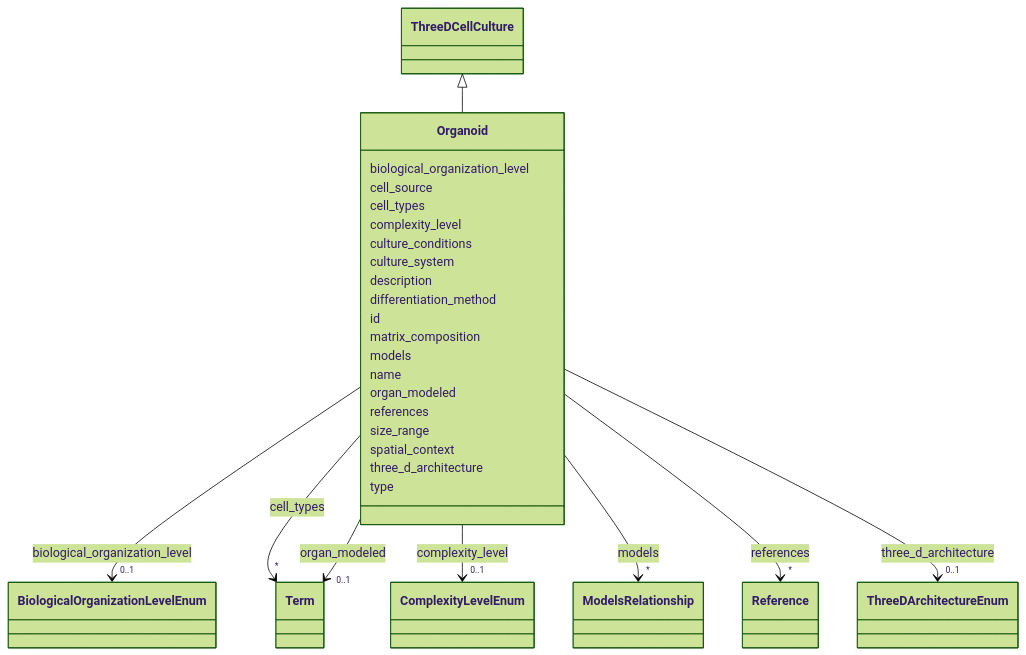
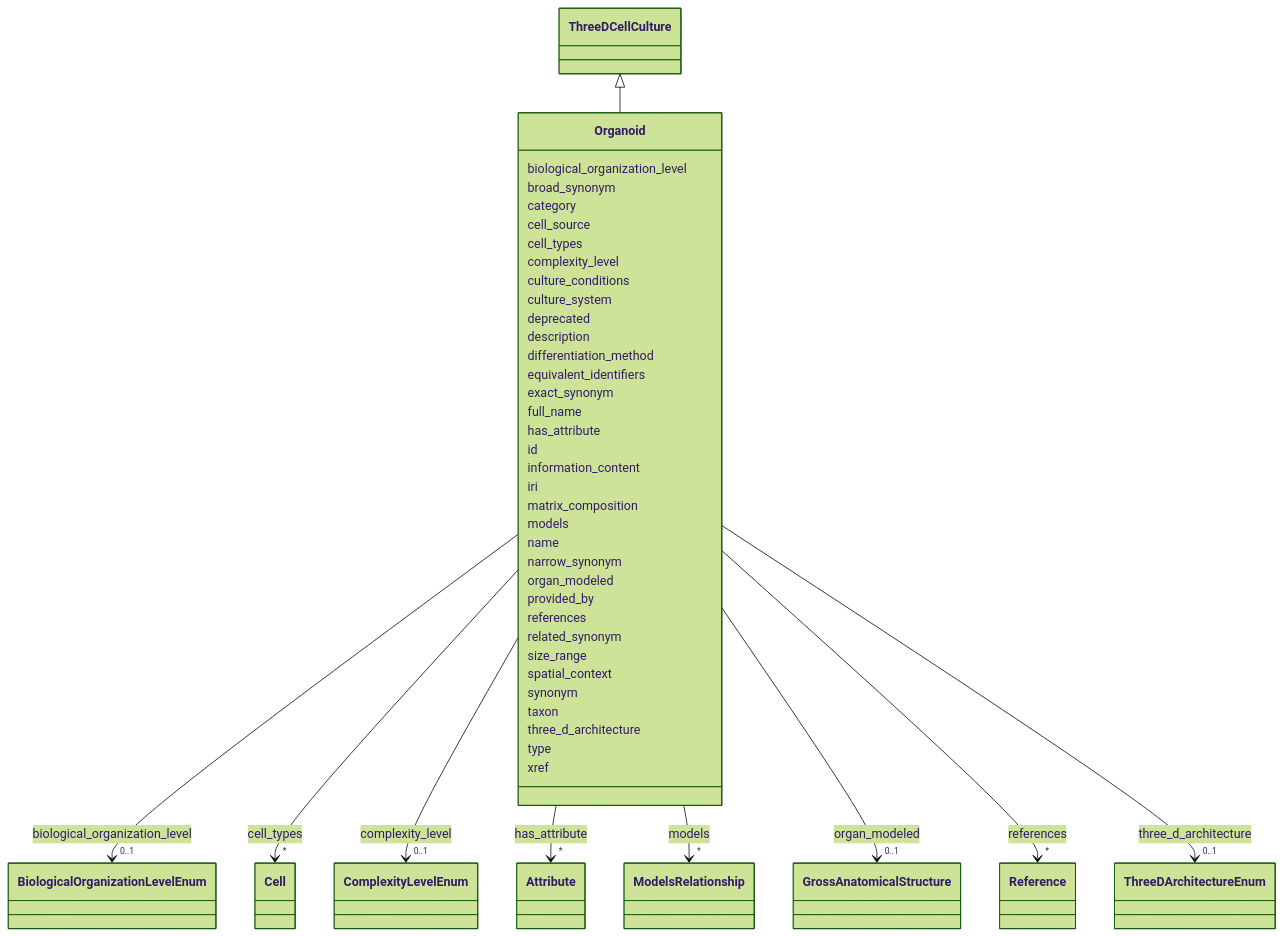
One commit to monarch-initiative/namo changed the diagram in docs/elements/Organoid.md. Above: the diagram before and after it, drawn with Mermaid (forest theme). The commit also changed other lines of this file and 1232 other files, not shown here.

````diff
--- a/docs/elements/Organoid.md
+++ b/docs/elements/Organoid.md
@@ -33,6 +38,10 @@
     
 
         
+      Organoid : broad_synonym
+        
+      Organoid : category
+        
       Organoid : cell_source
         
       Organoid : cell_types
@@ -41,8 +50,8 @@
     
         
         
-        Organoid --> "*" Term : cell_types
-        click Term href "../Term/"
+        Organoid --> "*" Cell : cell_types
+        click Cell href "../Cell/"
     
 
         
@@ -61,11 +70,34 @@
         
       Organoid : culture_system
         
+      Organoid : deprecated
+        
       Organoid : description
         
       Organoid : differentiation_method
         
+      Organoid : equivalent_identifiers
+        
+      Organoid : exact_synonym
+        
+      Organoid : full_name
+        
+      Organoid : has_attribute
+        
+          
+    
+        
+        
+        Organoid --> "*" Attribute : has_attribute
+        click Attribute href "../Attribute/"
+    
+
+        
       Organoid : id
+        
+      Organoid : information_content
+        
+      Organoid : iri
         
       Organoid : matrix_composition
         
@@ -82,16 +114,20 @@
         
       Organoid : name
         
+      Organoid : narrow_synonym
+        
       Organoid : organ_modeled
         
           
     
         
         
-        Organoid --> "0..1" Term : organ_modeled
-        click Term href "../Term/"
+        Organoid --> "0..1" GrossAnatomicalStructure : organ_modeled
+        click GrossAnatomicalStructure href "../GrossAnatomicalStructure/"
     
 
+        
+      Organoid : provided_by
         
       Organoid : references
         
@@ -104,9 +140,15 @@
     
 
         
+      Organoid : related_synonym
+        
       Organoid : size_range
         
       Organoid : spatial_context
+        
+      Organoid : synonym
+        
+      Organoid : taxon
         
       Organoid : three_d_architecture
         
@@ -121,5 +163,7 @@
         
       Organoid : type
         
+      Organoid : xref
+        
       
 ```
````
